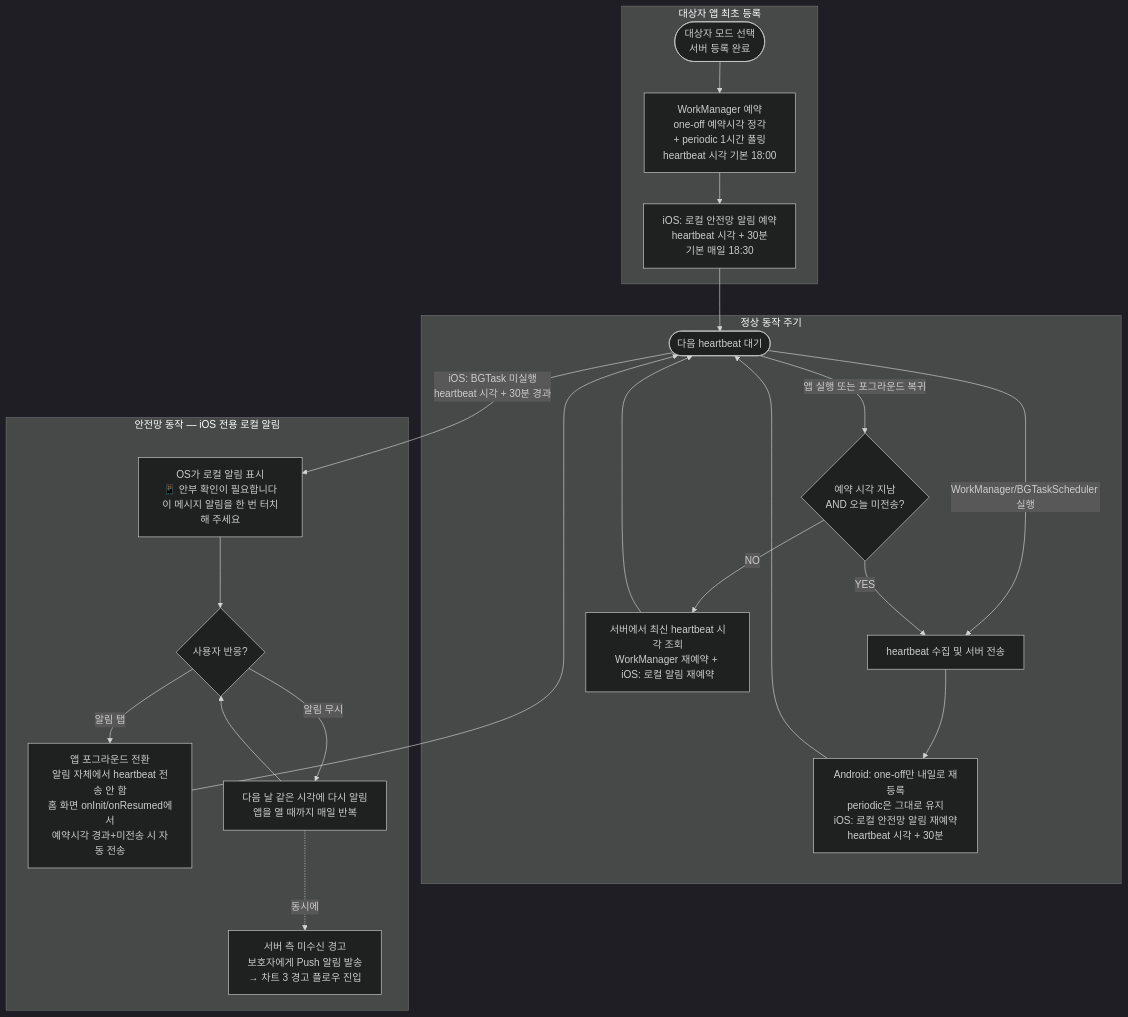
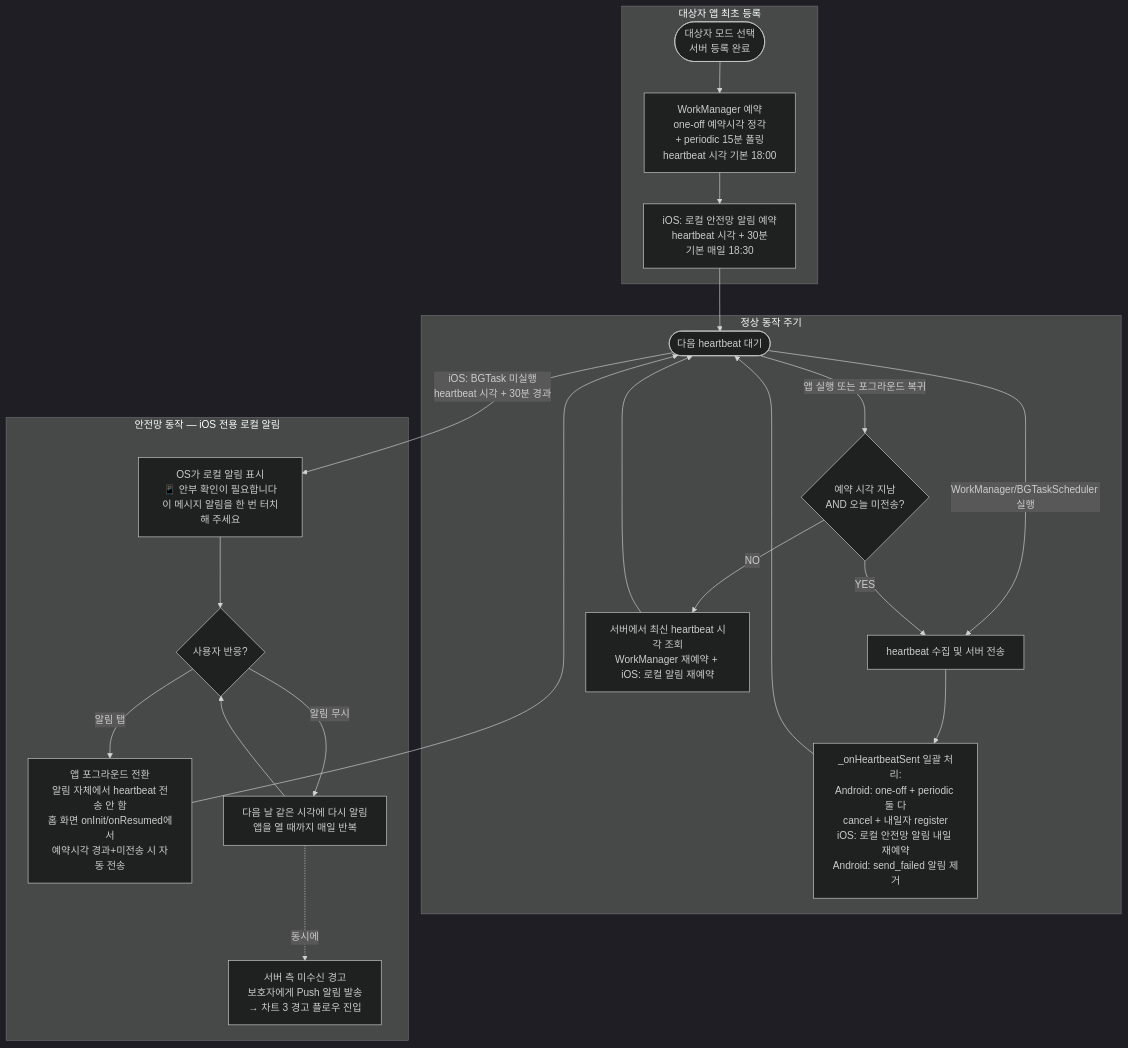
The eighth of 8 diagrams in .claude/rules/heartbeat_flowchart.md (l10s18bok/kr.co.anbucheck), drawn with Mermaid (dark theme) before and after one commit. The commit also changed other lines of this file and 7 other files, not shown here.

````diff
--- a/.claude/rules/heartbeat_flowchart.md
+++ b/.claude/rules/heartbeat_flowchart.md
@@ -299,37 +299,37 @@
 ```mermaid
 flowchart TD
     subgraph 최초설치[대상자 앱 최초 등록]
         Install([대상자 모드 선택<br/>서버 등록 완료])
-        Install --> FirstWM[WorkManager 예약<br/>one-off 예약시각 정각<br/>+ periodic 1시간 폴링<br/>heartbeat 시각 기본 18:00]
+        Install --> FirstWM[WorkManager 예약<br/>one-off 예약시각 정각<br/>+ periodic 15분 폴링<br/>heartbeat 시각 기본 18:00]
         FirstWM --> FirstAlarm[iOS: 로컬 안전망 알림 예약<br/>heartbeat 시각 + 30분<br/>기본 매일 18:30]
     end
 
     FirstAlarm --> Wait
 
     subgraph 정상주기[정상 동작 주기]
         Wait([다음 heartbeat 대기])
         Wait -->|WorkManager/BGTaskScheduler 실행| Collect[heartbeat 수집 및 서버 전송]
-        Collect --> Reschedule[Android: one-off만 내일로 재등록<br/>periodic은 그대로 유지<br/>iOS: 로컬 안전망 알림 재예약<br/>heartbeat 시각 + 30분]
+        Collect --> Reschedule[_onHeartbeatSent 일괄 처리:<br/>Android: one-off + periodic 둘 다<br/>cancel + 내일자 register<br/>iOS: 로컬 안전망 알림 내일 재예약<br/>Android: send_failed 알림 제거]
         Reschedule --> Wait
         Wait -->|앱 실행 또는 포그라운드 복귀| AutoSend{예약 시각 지남<br/>AND 오늘 미전송?}
         AutoSend -->|YES| Collect
         AutoSend -->|NO| ServerSync[서버에서 최신 heartbeat 시각 조회<br/>WorkManager 재예약 + iOS: 로컬 알림 재예약]
         ServerSync --> Wait
     end
 
     Wait -->|iOS: BGTask 미실행<br/>heartbeat 시각 + 30분 경과| Alarm
 
     subgraph 안전망[안전망 동작 — iOS 전용 로컬 알림]
         Alarm[OS가 로컬 알림 표시<br/>📱 안부 확인이 필요합니다<br/>이 메시지 알림을 한 번 터치해 주세요]
 
         Alarm --> UserAction{사용자 반응?}
 
         UserAction -->|알림 탭| AppOpen[앱 포그라운드 전환<br/>알림 자체에서 heartbeat 전송 안 함<br/>홈 화면 onInit/onResumed에서<br/>예약시각 경과+미전송 시 자동 전송]
         AppOpen --> Wait
 
         UserAction -->|알림 무시| Repeat[다음 날 같은 시각에 다시 알림<br/>앱을 열 때까지 매일 반복]
         Repeat --> UserAction
 
         Repeat -.->|동시에| ServerAlert[서버 측 미수신 경고<br/>보호자에게 Push 알림 발송<br/>→ 차트 3 경고 플로우 진입]
     end
 ```
````
